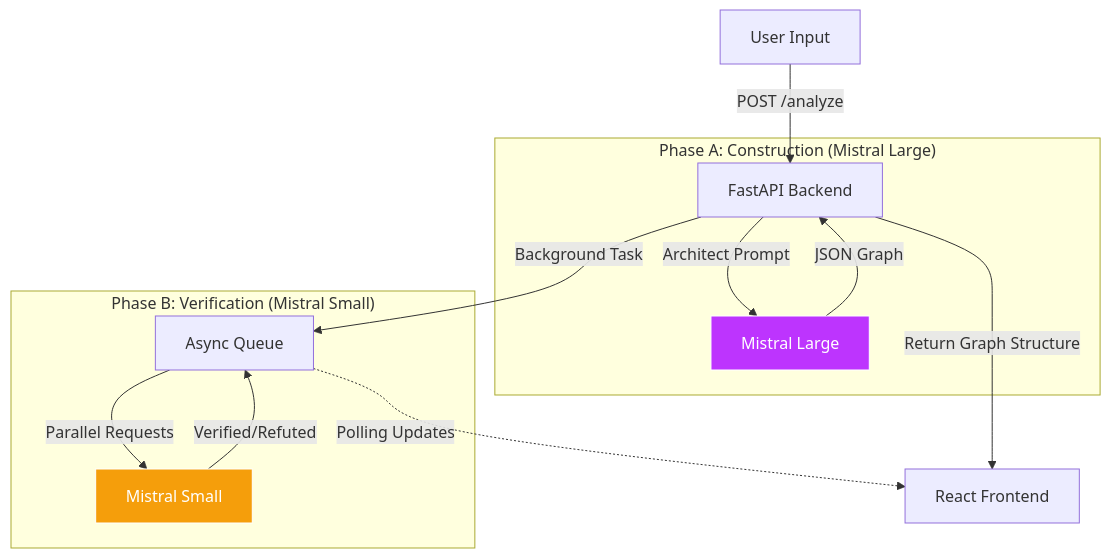
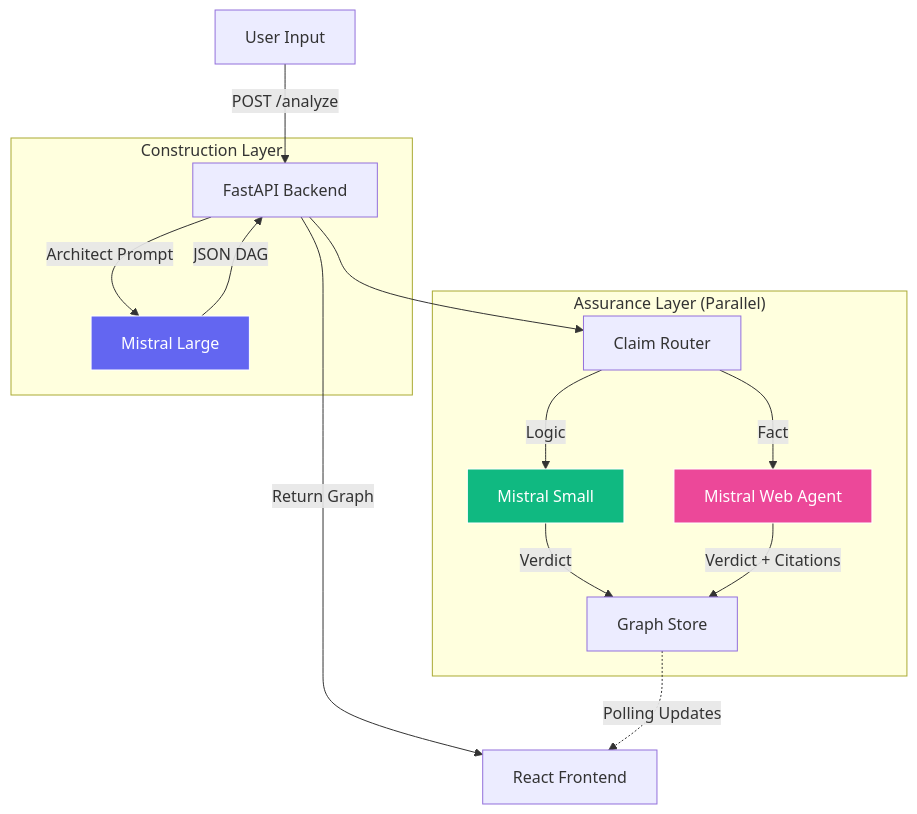
Before and after one commit to DupuisB/TraceGraph: the diagram in README.md, drawn with Mermaid. The commit also changed other lines of this file, not shown here.

````diff
--- a/README.md
+++ b/README.md
@@ -41,22 +37,26 @@
 ```mermaid
 graph TD
     User[User Input] -->|POST /analyze| API[FastAPI Backend]
 
-    subgraph "Phase A: Construction (Mistral Large)"
+    subgraph "Construction Layer"
         API -->|Architect Prompt| Large[Mistral Large]
-        Large -->|JSON Graph| API
+        Large -->|JSON DAG| API
     end
 
-    API -->|Return Graph Structure| UI[React Frontend]
+    API -->|Return Graph| UI[React Frontend]
 
-    subgraph "Phase B: Verification (Mistral Small)"
-        API -->|Background Task| Queue[Async Queue]
-        Queue -->|Parallel Requests| Small[Mistral Small]
-        Small -->|Verified/Refuted| Queue
+    subgraph "Assurance Layer (Parallel)"
+        API --> Router[Claim Router]
+        Router -->|Logic| Small[Mistral Small]
+        Router -->|Fact| Agent[Mistral Web Agent]
+        
+        Small -->|Verdict| Store[Graph Store]
+        Agent -->|Verdict + Citations| Store
     end
 
-    Queue -.->|Polling Updates| UI
+    Store -.->|Polling Updates| UI
 
-    style Large fill:#BD34FE,stroke:#fff,color:#fff
-    style Small fill:#F59E0B,stroke:#fff,color:#fff
+    style Large fill:#6366f1,stroke:#fff,color:#fff
+    style Small fill:#10b981,stroke:#fff,color:#fff
+    style Agent fill:#ec4899,stroke:#fff,color:#fff
 ```
````
